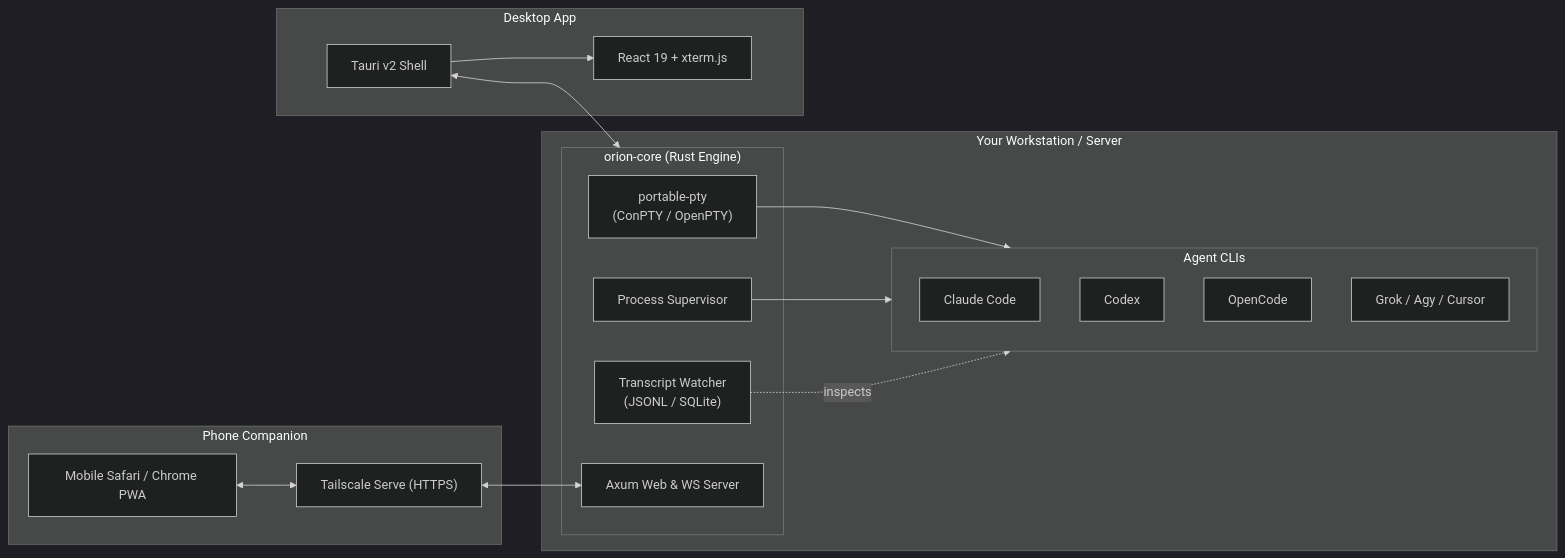
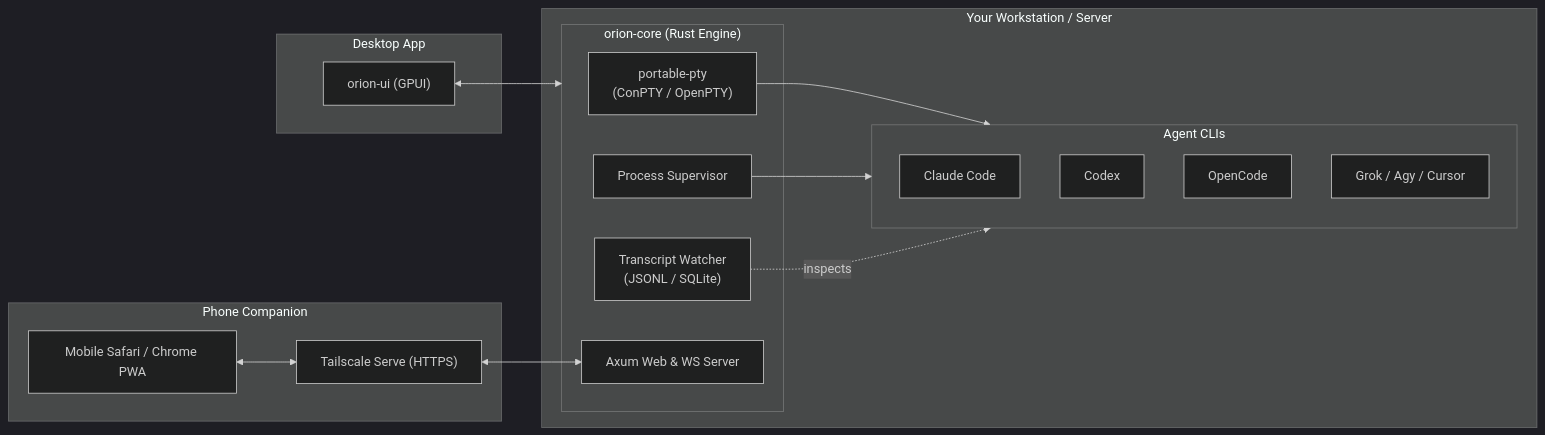
One commit to noemarch/orion changed the diagram in README.md. Above: the diagram before and after it, drawn with Mermaid (dark theme). The commit also changed other lines of this file and 69 other files, not shown here.

First line of the commit message:
chore: drop the Tauri leftover and say GPUI in the README

````diff
--- a/README.md
+++ b/README.md
@@ -69,35 +69,33 @@
 ```mermaid
 graph LR
     subgraph Host ["Your Workstation / Server"]
         subgraph Core ["orion-core (Rust Engine)"]
             PTY["portable-pty<br/>(ConPTY / OpenPTY)"]
             Supervisor["Process Supervisor"]
             Parser["Transcript Watcher<br/>(JSONL / SQLite)"]
             Axum["Axum Web & WS Server"]
         end
 
         subgraph Agents ["Agent CLIs"]
             Claude["Claude Code"]
             Codex["Codex"]
             OpenCode["OpenCode"]
             Others["Grok / Agy / Cursor"]
         end
 
         PTY --> Agents
         Supervisor --> Agents
         Parser -. inspects .-> Agents
     end
 
     subgraph Desktop ["Desktop App"]
-        Tauri["Tauri v2 Shell"]
-        ReactUI1["React 19 + xterm.js"]
-        Tauri --> ReactUI1
-        Tauri <--> Core
+        Gpui["orion-ui (GPUI)"]
+        Gpui <--> Core
     end
 
     subgraph Mobile ["Phone Companion"]
         Browser["Mobile Safari / Chrome PWA"]
         TS["Tailscale Serve (HTTPS)"]
         Browser <--> TS <--> Axum
     end
 ```
````
